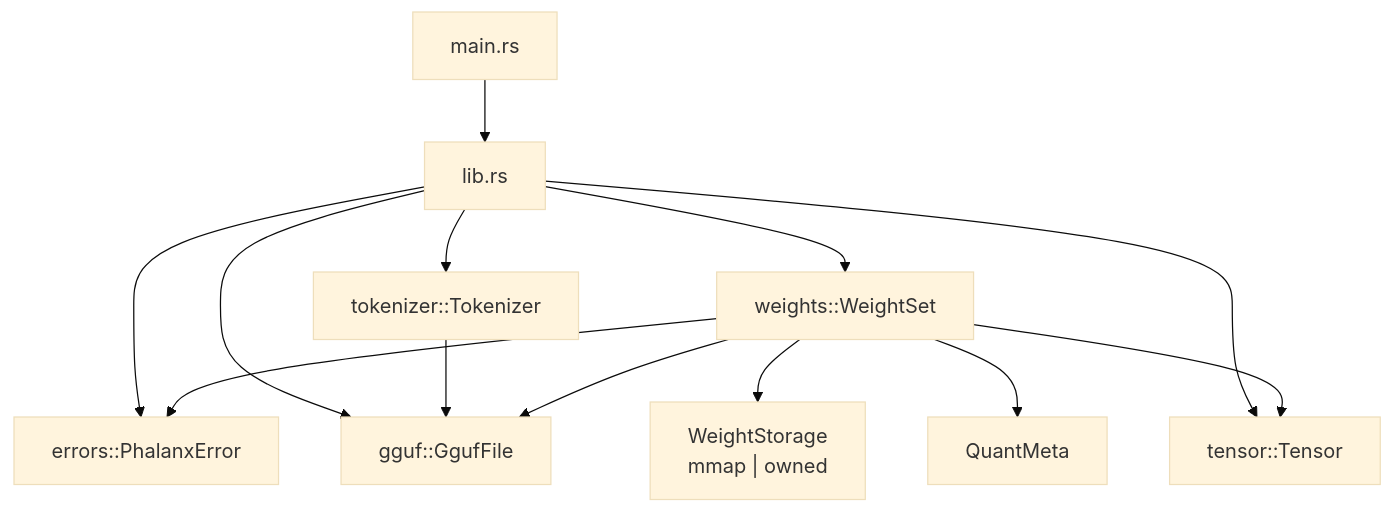
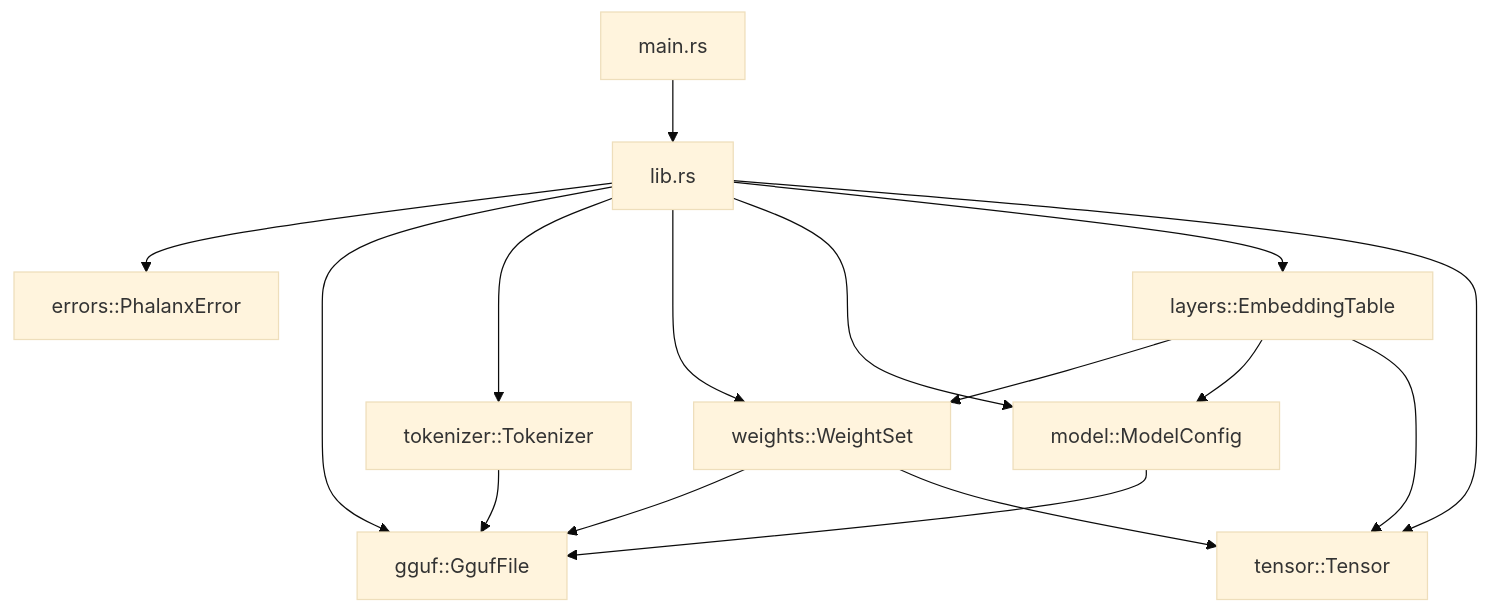
Before and after one commit to 404khai/phalanx: the first of 2 diagrams in docs/architecture.md, drawn with Mermaid (base theme). The commit also changed other lines of this file and 70 other files, not shown here.

````diff
--- a/docs/architecture.md
+++ b/docs/architecture.md
@@ -15,25 +15,28 @@
 ```mermaid
 flowchart TB
     main["main.rs"]
     lib["lib.rs"]
     errors["errors::PhalanxError"]
     gguf["gguf::GgufFile"]
     tok["tokenizer::Tokenizer"]
     weights["weights::WeightSet"]
-    storage["WeightStorage<br/>mmap | owned"]
-    quant["QuantMeta"]
+    model["model::ModelConfig"]
+    layers["layers::EmbeddingTable"]
     tensor["tensor::Tensor"]
 
     main --> lib
     lib --> errors
     lib --> gguf
     lib --> tok
     lib --> weights
+    lib --> model
+    lib --> layers
     lib --> tensor
     tok --> gguf
     weights --> gguf
-    weights --> storage
-    weights --> quant
+    model --> gguf
+    layers --> weights
+    layers --> model
+    layers --> tensor
     weights --> tensor
-    weights --> errors
 ```
````
